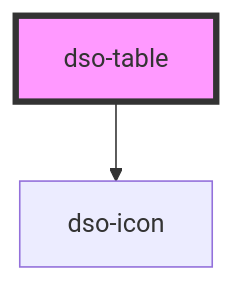
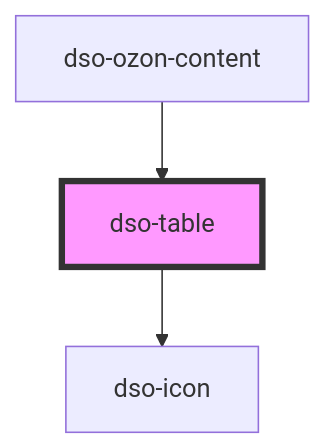
The diagram in packages/core/src/components/table/readme.md (dso-toolkit/dso-toolkit), drawn with Mermaid before and after one commit. The commit also changed other lines of this file and 8 other files, not shown here.

Commit message:
#2419 [Change] Ozon Content: Expliciete dependencies voor Web Componenten

````diff
--- a/packages/core/src/components/table/readme.md
+++ b/packages/core/src/components/table/readme.md
@@ -21,5 +25,6 @@
 ```mermaid
 graph TD;
   dso-table --> dso-icon
+  dso-ozon-content --> dso-table
   style dso-table fill:#f9f,stroke:#333,stroke-width:4px
 ```
````
